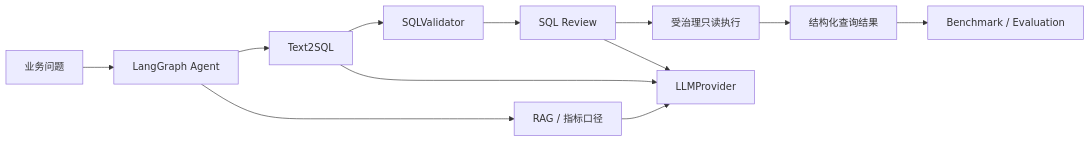
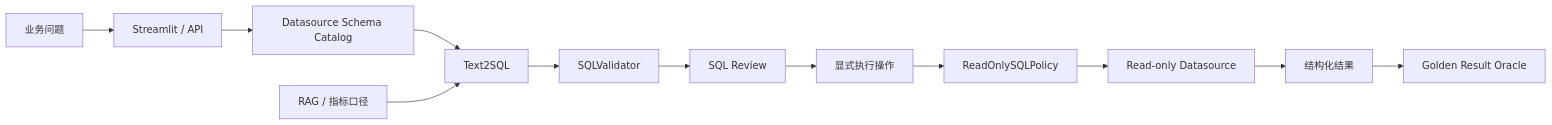
One commit to plutoczm/DataCopilot changed the diagram in README.md. Above: the diagram before and after it, drawn with Mermaid. The commit also changed other lines of this file, not shown here.

Commit message:
docs: align project story with production data copilot flow

````diff
--- a/README.md
+++ b/README.md
@@ -23,14 +24,14 @@
 ```mermaid
 flowchart LR
-    User[业务问题] --> Agent[LangGraph Agent]
-    Agent --> RAG[RAG / 指标口径]
-    Agent --> T2S[Text2SQL]
+    User[业务问题] --> UI[Streamlit / API]
+    UI --> DS[Datasource Schema Catalog]
+    DS --> T2S[Text2SQL]
+    KB[RAG / 指标口径] --> T2S
     T2S --> Guard[SQLValidator]
     Guard --> Review[SQL Review]
-    Review --> Execute[受治理只读执行]
-    Execute --> Result[结构化查询结果]
-    Result --> Eval[Benchmark / Evaluation]
-    RAG --> LLM[LLMProvider]
-    T2S --> LLM
-    Review --> LLM
+    Review --> Explicit[显式执行操作]
+    Explicit --> Policy[ReadOnlySQLPolicy]
+    Policy --> DB[Read-only Datasource]
+    DB --> Result[结构化结果]
+    Result --> Oracle[Golden Result Oracle]
 ```
````
